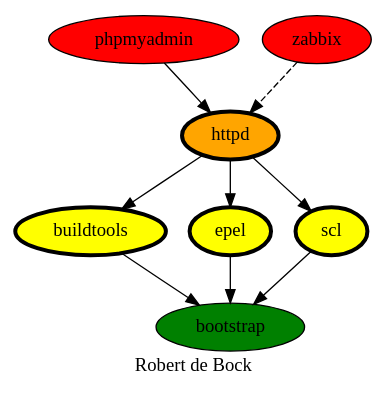
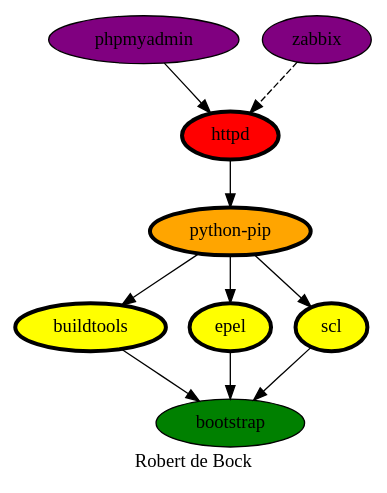
Before and after one commit to robertdebock/robertdebock.github.io: the diagram in httpd.dot, drawn with Graphviz.

Commit message:
Update httpd.dot
better dependencies.

```diff
--- a/httpd.dot
+++ b/httpd.dot
@@ -1,17 +1,19 @@
 digraph PhiloDilemma {
   label = "Robert de Bock" ;
   overlap=false
   {
     bootstrap [fillcolor=green style=filled]
     buildtools [fillcolor=yellow style=filled penwidth=3]
     epel [fillcolor=yellow style=filled penwidth=3]
     scl [fillcolor=yellow style=filled penwidth=3]
-    httpd [fillcolor=orange style=filled penwidth=3]
-    phpmyadmin [fillcolor=red style=filled]
-    zabbix [fillcolor=red style=filled]
+    "python-pip" [fillcolor=orange style=filled penwidth=3]
+    httpd [fillcolor=red style=filled penwidth=3]
+    phpmyadmin [fillcolor=purple style=filled]
+    zabbix [fillcolor=purple style=filled]
   }
   {buildtools epel scl} -> bootstrap
-  httpd -> {buildtools epel scl}
+  "python-pip" -> {buildtools epel scl}
+  httpd -> "python-pip"
   phpmyadmin -> httpd
   zabbix -> httpd [style=dashed]
 }
```
